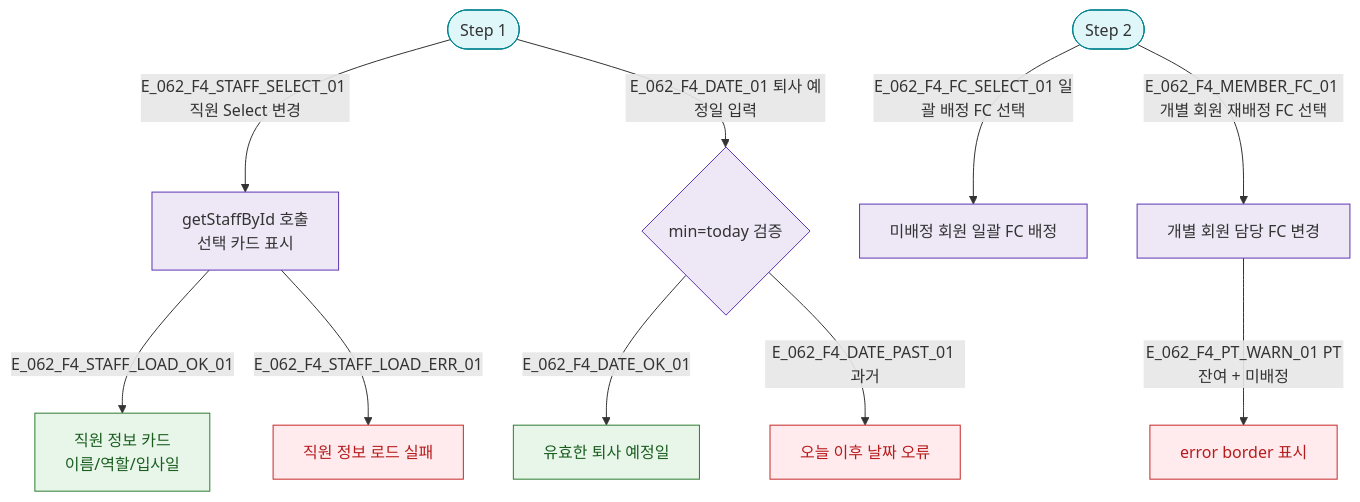
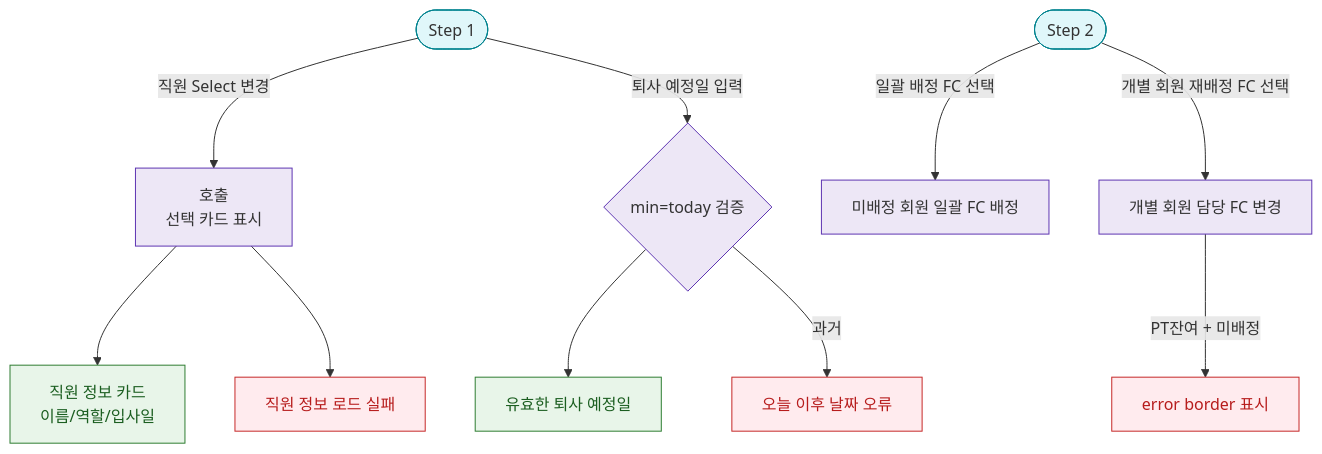
One commit to dev-spogym/admin-pando changed the diagram in docs/다이어그램/D07_직원관리/SCR-062_직원퇴사처리/F4_필터검색정렬.md. Above: the diagram before and after it, drawn with Mermaid. The commit also changed other lines of this file and 1660 other files, not shown here.

First line of the commit message:
다이어그램: 기획자/클라이언트 납품본으로 정리

````diff
--- a/docs/다이어그램/D07_직원관리/SCR-062_직원퇴사처리/F4_필터검색정렬.md
+++ b/docs/다이어그램/D07_직원관리/SCR-062_직원퇴사처리/F4_필터검색정렬.md
@@ -18,27 +16,27 @@
 ```mermaid
 flowchart TD
   STEP1([Step 1])
   STEP2([Step 2])
 
-  STEP1 -->|E_062_F4_STAFF_SELECT_01 직원 Select 변경| STAFF_LOAD[getStaffById 호출\n선택 카드 표시]
-  STAFF_LOAD -->|E_062_F4_STAFF_LOAD_OK_01| STAFF_CARD[직원 정보 카드\n이름/역할/입사일]
-  STAFF_LOAD -->|E_062_F4_STAFF_LOAD_ERR_01| ERR_STAFF[직원 정보 로드 실패]
+  STEP1 -->|직원 Select 변경|STAFF_LOAD[호출\n선택 카드 표시]
+  STAFF_LOAD --> STAFF_CARD[직원 정보 카드\n이름/역할/입사일]
+  STAFF_LOAD --> ERR_STAFF[직원 정보 로드 실패]
 
-  STEP1 -->|E_062_F4_DATE_01 퇴사 예정일 입력| DATE_VALID{min=today 검증}
-  DATE_VALID -->|E_062_F4_DATE_OK_01| DATE_OK[유효한 퇴사 예정일]
-  DATE_VALID -->|E_062_F4_DATE_PAST_01 과거| ERR_DATE[오늘 이후 날짜 오류]
+  STEP1 -->|퇴사 예정일 입력|DATE_VALID{min=today 검증}
+  DATE_VALID --> DATE_OK[유효한 퇴사 예정일]
+  DATE_VALID -->|과거|ERR_DATE[오늘 이후 날짜 오류]
 
-  STEP2 -->|E_062_F4_FC_SELECT_01 일괄 배정 FC 선택| FC_BULK[미배정 회원 일괄 FC 배정]
-  STEP2 -->|E_062_F4_MEMBER_FC_01 개별 회원 재배정 FC 선택| MEMBER_ASSIGN[개별 회원 담당 FC 변경]
-  MEMBER_ASSIGN -->|E_062_F4_PT_WARN_01 PT잔여 + 미배정| PT_WARN[error border 표시]
+  STEP2 -->|일괄 배정 FC 선택|FC_BULK[미배정 회원 일괄 FC 배정]
+  STEP2 -->|개별 회원 재배정 FC 선택|MEMBER_ASSIGN[개별 회원 담당 FC 변경]
+  MEMBER_ASSIGN -->|PT잔여 + 미배정|PT_WARN[error border 표시]
 
-  classDef system  fill:#EDE7F6,stroke:#5E35B2
-  classDef error   fill:#FFEBEE,stroke:#C62828,color:#B71C1C
+  classDef system fill:#EDE7F6,stroke:#5E35B2
+  classDef error fill:#FFEBEE,stroke:#C62828,color:#B71C1C
   classDef success fill:#E8F5E9,stroke:#2E7D32,color:#1B5E20
-  classDef info    fill:#E0F7FA,stroke:#00838F
+  classDef info fill:#E0F7FA,stroke:#00838F
 
   class STEP1,STEP2 info
   class STAFF_LOAD,FC_BULK,MEMBER_ASSIGN,DATE_VALID system
   class ERR_STAFF,ERR_DATE,PT_WARN error
   class STAFF_CARD,DATE_OK success
 ```
````
